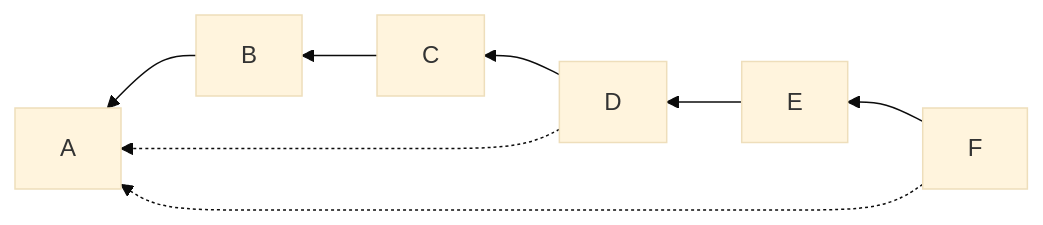
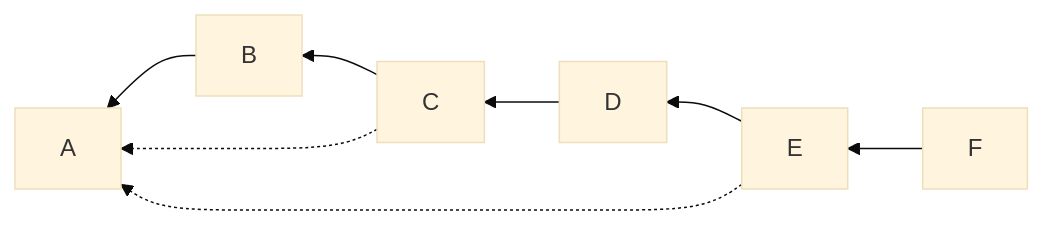
Before and after one commit to matrix-org/matrix-spec-proposals: the first of 2 diagrams in proposals/3771-read-receipts-for-threads.md, drawn with Mermaid (base theme). The commit also changed other lines of this file, not shown here.

Commit message:
Fix events in diagram.

````diff
--- a/proposals/3771-read-receipts-for-threads.md
+++ b/proposals/3771-read-receipts-for-threads.md
@@ -13,10 +13,10 @@
 ```mermaid
 flowchart RL
     F-->E
     E-->D
     D-->C
     C-->B
     B-->A
-    D-.->A
-    F-.->A
+    C-.->A
+    E-.->A
 ```
````
